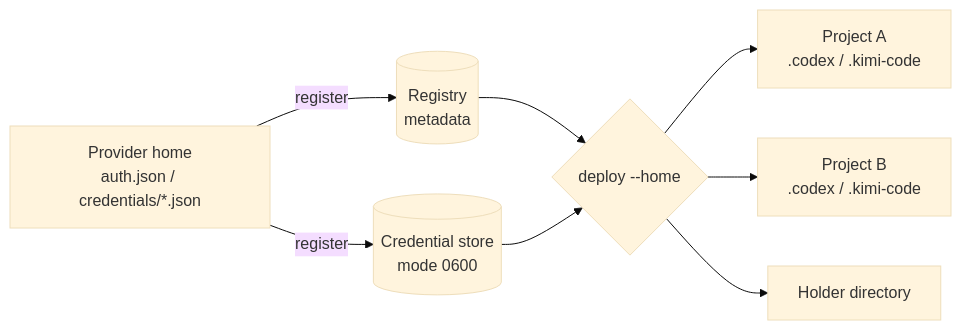
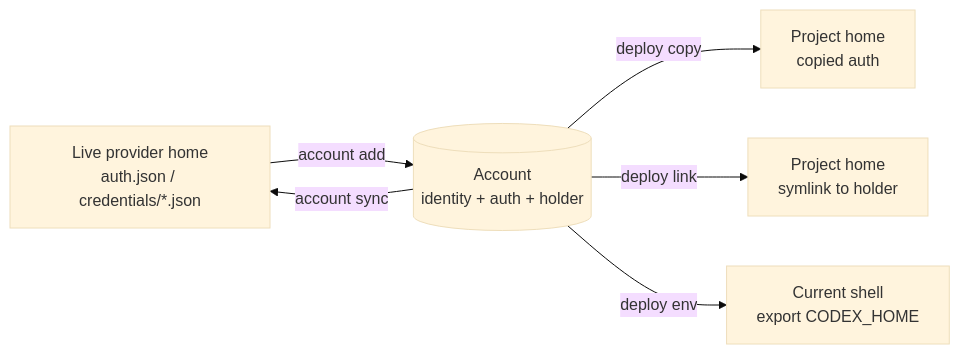
The diagram in docs/index.md (igamenovoer/lairen), drawn with Mermaid (base theme) before and after one commit. The commit also changed other lines of this file and 46 other files, not shown here.

````diff
--- a/docs/index.md
+++ b/docs/index.md
@@ -68,10 +88,8 @@
 ```mermaid
 flowchart LR
-    A["Provider home<br/>auth.json / credentials/*.json"] -->|register| B[("Registry<br/>metadata")]
-    A -->|register| C[("Credential store<br/>mode 0600")]
-    B --> D{deploy --home}
-    C --> D
-    D --> E["Project A<br/>.codex / .kimi-code"]
-    D --> F["Project B<br/>.codex / .kimi-code"]
-    D --> G["Holder directory"]
+    H["Live provider home<br/>auth.json / credentials/*.json"] -->|account add| B[("Account<br/>identity + auth + holder")]
+    B -->|deploy copy| P["Project home<br/>copied auth"]
+    B -->|deploy link| L["Project home<br/>symlink to holder"]
+    B -->|deploy env| S["Current shell<br/>export CODEX_HOME"]
+    B -->|account sync| H
 ```
````
